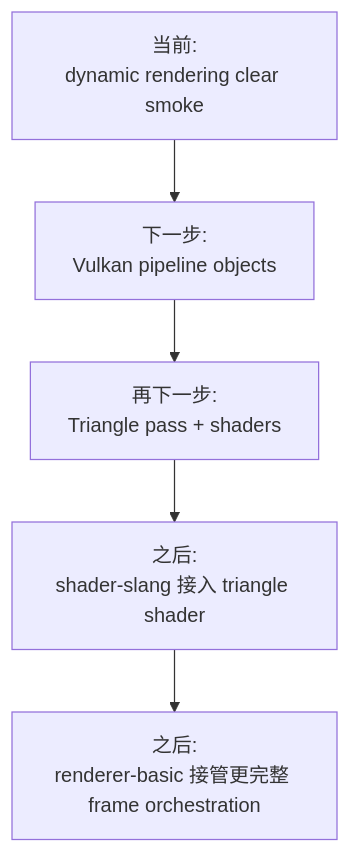
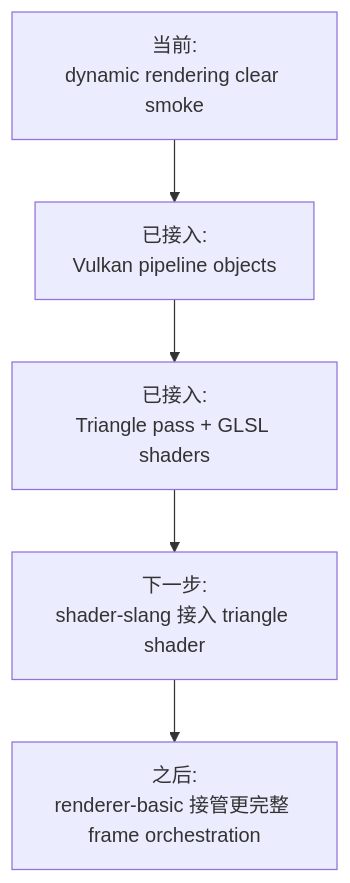
The ninth of 9 diagrams in docs/flow-architecture.md (66six11/Engine), drawn with Mermaid before and after one commit. The commit also changed other lines of this file and 11 other files, not shown here.

Commit message:
Add triangle pipeline smoke

````diff
--- a/docs/flow-architecture.md
+++ b/docs/flow-architecture.md
@@ -224,10 +259,10 @@
 ```mermaid
 flowchart TD
     Now["当前:<br/>dynamic rendering clear smoke"]
-    Step1["下一步:<br/>Vulkan pipeline objects"]
-    Step2["再下一步:<br/>Triangle pass + shaders"]
-    Step3["之后:<br/>shader-slang 接入 triangle shader"]
+    Step1["已接入:<br/>Vulkan pipeline objects"]
+    Step2["已接入:<br/>Triangle pass + GLSL shaders"]
+    Step3["下一步:<br/>shader-slang 接入 triangle shader"]
     Step4["之后:<br/>renderer-basic 接管更完整 frame orchestration"]
 
     Now --> Step1 --> Step2 --> Step3 --> Step4
 ```
````
